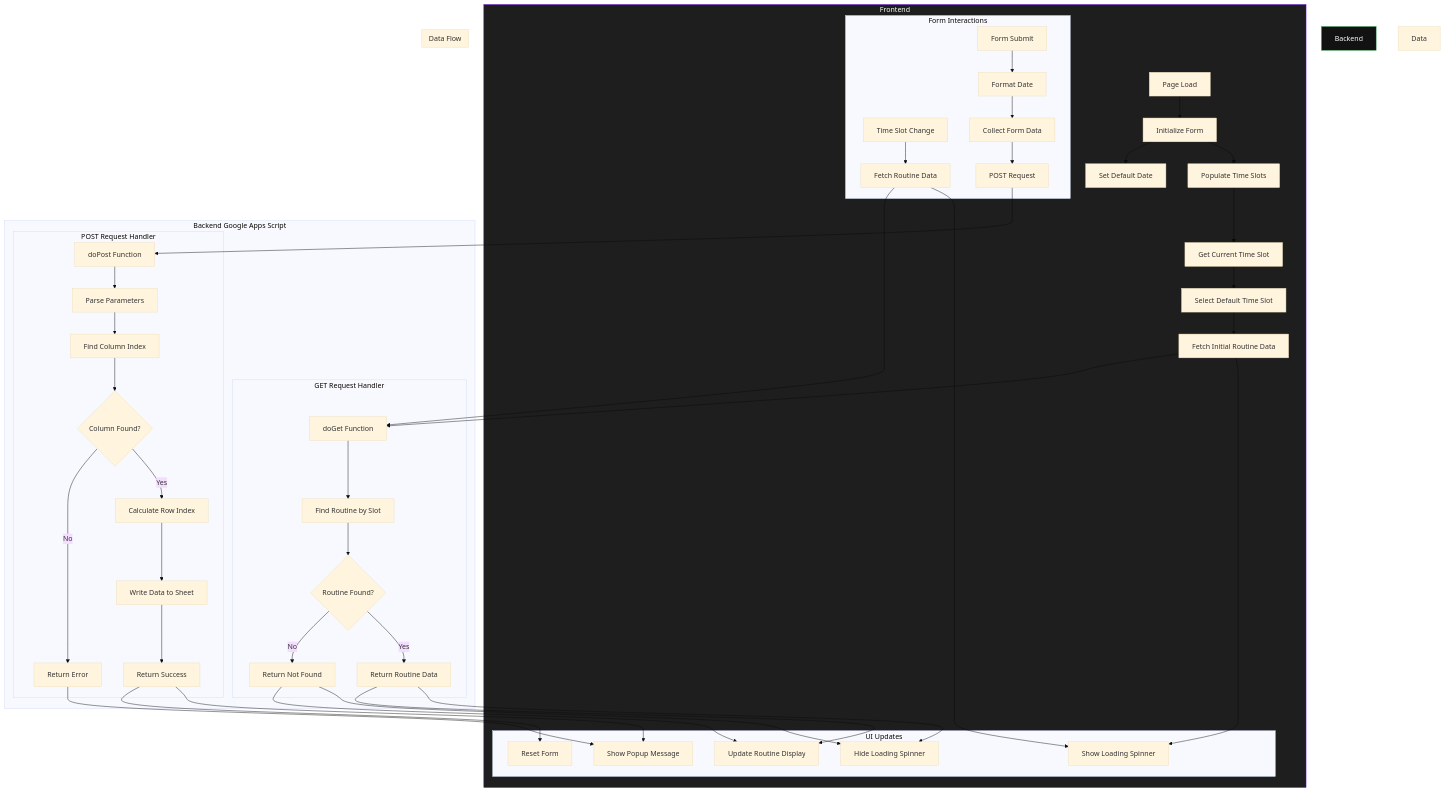
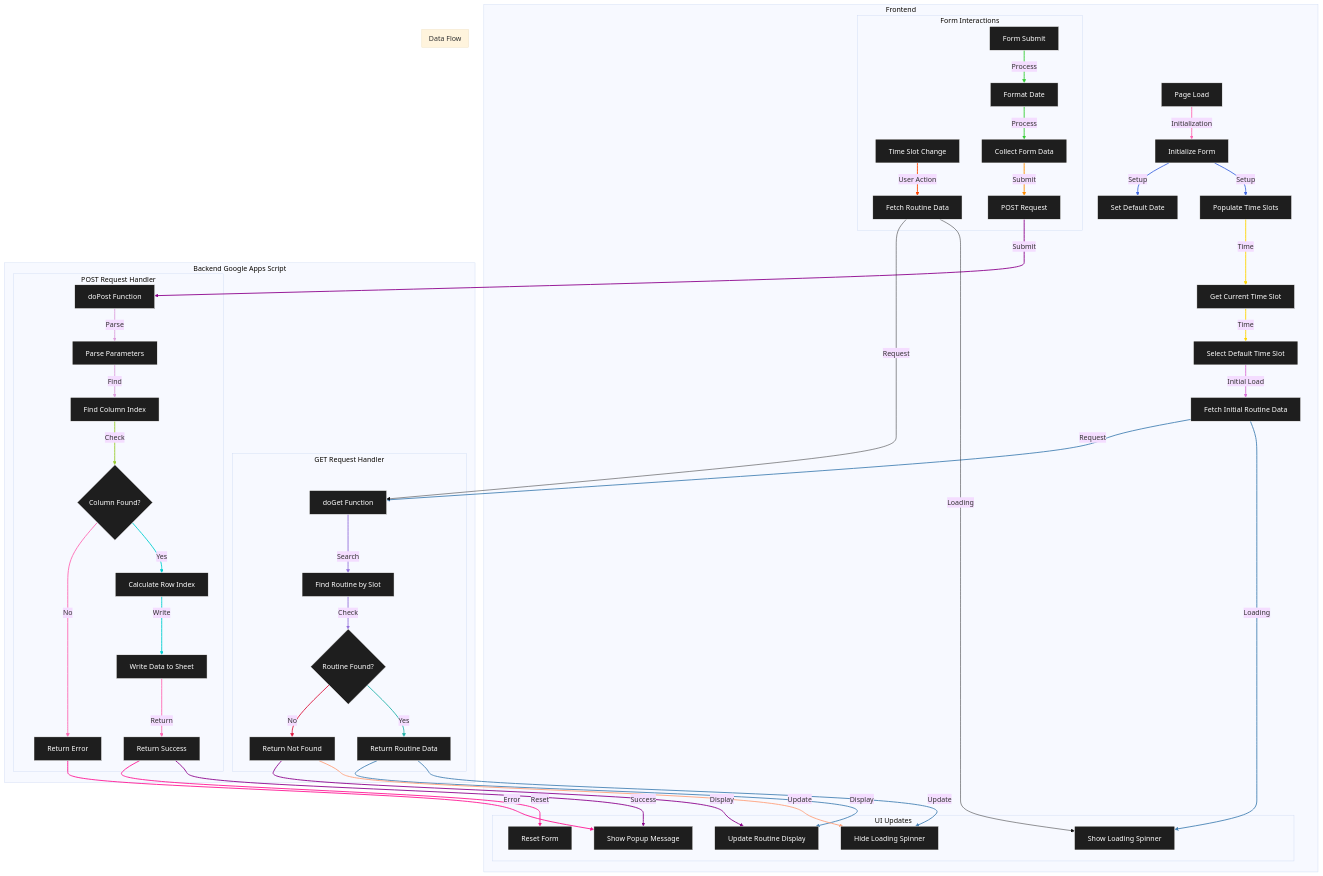
One commit to Prasanna-Kalathy/Journal changed the diagram in CodeFlow.mermaid. Above: the diagram before and after it, drawn with Mermaid (base theme).

Commit message:
Code Flow with Colored lines and more Detailed

```diff
--- a/CodeFlow.mermaid
+++ b/CodeFlow.mermaid
@@ -1,64 +1,83 @@
 graph TD
     subgraph Frontend
-        A[Page Load] --> B[Initialize Form]
-        B --> C[Populate Time Slots]
-        B --> D[Set Default Date]
-        C --> E[Get Current Time Slot]
-        E --> F[Select Default Time Slot]
-        F --> G[Fetch Initial Routine Data]
+        A[Page Load] -->|Initialization| B[Initialize Form]
+        B -->|Setup| C[Populate Time Slots]
+        B -->|Setup| D[Set Default Date]
+        C -->|Time| E[Get Current Time Slot]
+        E -->|Time| F[Select Default Time Slot]
+        F -->|Initial Load| G[Fetch Initial Routine Data]
         
         subgraph Form Interactions
-            H[Time Slot Change] --> I[Fetch Routine Data]
-            J[Form Submit] --> K[Format Date]
-            K --> L[Collect Form Data]
-            L --> M[POST Request]
+            H[Time Slot Change] -->|User Action| I[Fetch Routine Data]
+            J[Form Submit] -->|Process| K[Format Date]
+            K -->|Process| L[Collect Form Data]
+            L -->|Submit| M[POST Request]
         end
         
         subgraph UI Updates
             N[Show Loading Spinner]
             O[Hide Loading Spinner]
             P[Show Popup Message]
             Q[Update Routine Display]
             R[Reset Form]
         end
     end
 
     subgraph Backend Google Apps Script
         subgraph GET Request Handler
-            S[doGet Function] --> T[Find Routine by Slot]
-            T --> U{Routine Found?}
+            S[doGet Function] -->|Search| T[Find Routine by Slot]
+            T -->|Check| U{Routine Found?}
             U -->|Yes| V[Return Routine Data]
             U -->|No| W[Return Not Found]
         end
 
         subgraph POST Request Handler
-            X[doPost Function] --> Y[Parse Parameters]
-            Y --> Z[Find Column Index]
-            Z --> AA{Column Found?}
+            X[doPost Function] -->|Parse| Y[Parse Parameters]
+            Y -->|Find| Z[Find Column Index]
+            Z -->|Check| AA{Column Found?}
             AA -->|Yes| AB[Calculate Row Index]
-            AB --> AC[Write Data to Sheet]
-            AC --> AD[Return Success]
+            AB -->|Write| AC[Write Data to Sheet]
+            AC -->|Return| AD[Return Success]
             AA -->|No| AE[Return Error]
         end
     end
 
     subgraph Data Flow
-        G --> N
-        G --> S
-        V --> O
-        V --> Q
-        W --> O
-        W --> Q
+        G -->|Loading| N
+        G -->|Request| S
+        V -->|Update| O
+        V -->|Display| Q
+        W -->|Update| O
+        W -->|Display| Q
         
-        M --> X
-        AD --> P
-        AD --> R
-        AE --> P
+        M -->|Submit| X
+        AD -->|Success| P
+        AD -->|Reset| R
+        AE -->|Error| P
         
-        I --> N
-        I --> S
+        I -->|Loading| N
+        I -->|Request| S
     end
 
-    style Frontend fill:#1e1e1e,stroke:#6200ea,color:#fff
-    style Backend fill:#121212,stroke:#34a853,color:#fff
-    style Data flow:#fff351
+    classDef default fill:#1e1e1e,stroke:#ffffff,color:#fff
+    classDef frontend fill:#1e1e1e,stroke:#6200ea,color:#fff
+    classDef backend fill:#121212,stroke:#34a853,color:#fff
+    
+    linkStyle 0 stroke:#FF69B4,stroke-width:2
+    linkStyle 1,2 stroke:#4169E1,stroke-width:2
+    linkStyle 3,4 stroke:#FFD700,stroke-width:2
+    linkStyle 5 stroke:#DA70D6,stroke-width:2
+    linkStyle 6 stroke:#FF4500,stroke-width:2
+    linkStyle 7,8 stroke:#32CD32,stroke-width:2
+    linkStyle 9 stroke:#FF8C00,stroke-width:2
+    linkStyle 10,11 stroke:#9370DB,stroke-width:2
+    linkStyle 12 stroke:#20B2AA,stroke-width:2
+    linkStyle 13 stroke:#DC143C,stroke-width:2
+    linkStyle 14,15 stroke:#DDA0DD,stroke-width:2
+    linkStyle 16 stroke:#9ACD32,stroke-width:2
+    linkStyle 17,18 stroke:#00CED1,stroke-width:2
+    linkStyle 19,20 stroke:#FF69B4,stroke-width:2
+    linkStyle 21,22,23,24 stroke:#4682B4,stroke-width:2
+    linkStyle 25 stroke:#FFA07A,stroke-width:2
+    linkStyle 26,27,28 stroke:#8B008B,stroke-width:2
+    linkStyle 29,30 stroke:#FF1493,stroke-width:2
```
